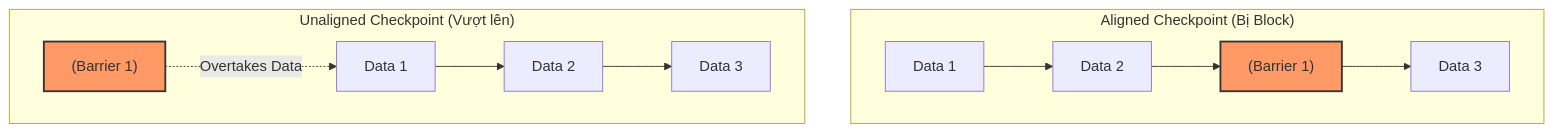
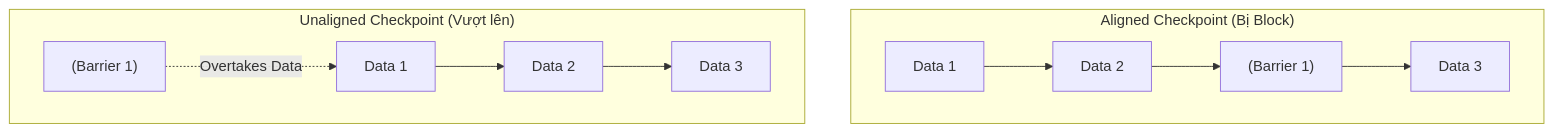
Before and after one commit to kythuatdulieu/kythuatdulieu.github.io: the second of 2 diagrams in src/content/docs/concepts/5-stream-processing-realtime/flink-backpressure.md, drawn with Mermaid. The commit also changed 686 other files, not shown here.

````diff
--- a/src/content/docs/concepts/5-stream-processing-realtime/flink-backpressure.md
+++ b/src/content/docs/concepts/5-stream-processing-realtime/flink-backpressure.md
@@ -81,15 +81,15 @@
 ```mermaid
 graph TD
     subgraph Aligned_Checkpoint ["Aligned Checkpoint (Bị Block)"]
         direction LR
         A1["Data 1"] --> B1["Data 2"] --> C1["(Barrier 1)"] --> D1["Data 3"]
-        style C1 fill:#f96,stroke:#333,stroke-width:2px
+
     end
     
     subgraph Unaligned_Checkpoint ["Unaligned Checkpoint (Vượt lên)"]
         direction LR
         C2["(Barrier 1)"] -.->|"Overtakes Data"| A2["Data 1"]
         A2 --> B2["Data 2"] --> D2["Data 3"]
-        style C2 fill:#f96,stroke:#333,stroke-width:2px
+
     end
 ```
````
